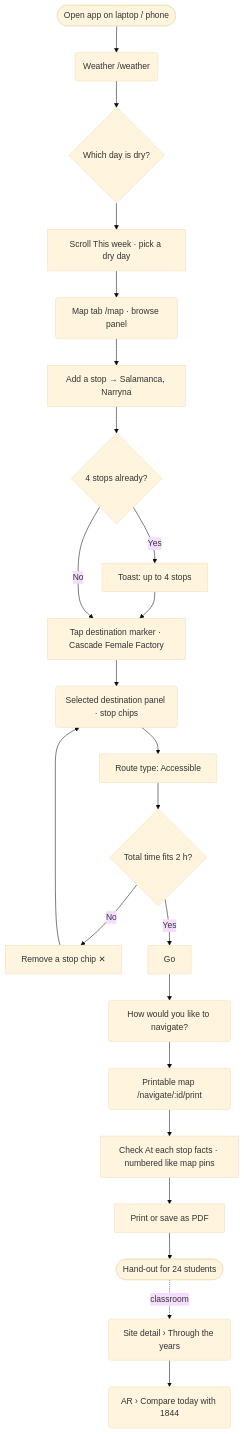
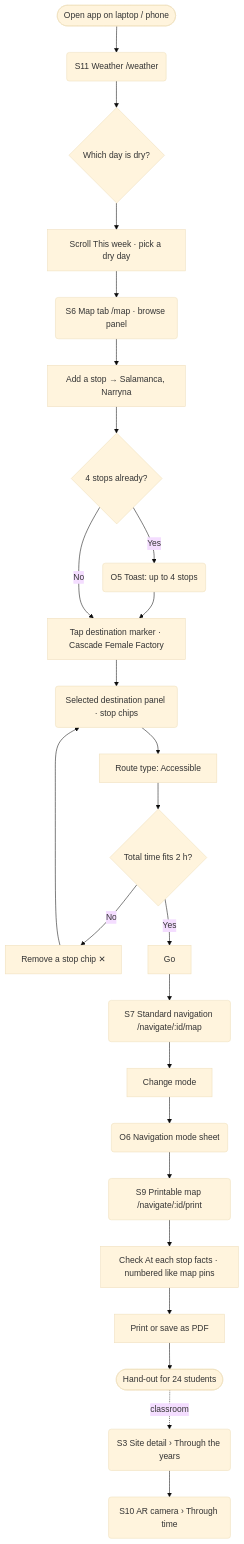
The third of 3 diagrams in docs/a3/task-flows.md (Podi-Skying/KIT519-Hobart-Historic), drawn with Mermaid (base theme) before and after one commit. The commit also changed other lines of this file and 9 other files, not shown here.

````diff
--- a/docs/a3/task-flows.md
+++ b/docs/a3/task-flows.md
@@ -95,20 +103,21 @@
 ```mermaid
 flowchart TD
-  S([Open app on laptop / phone]) --> WE(Weather /weather)
+  S([Open app on laptop / phone]) --> WE(S11 Weather /weather)
   WE --> D{Which day is dry?}
   D --> WK[Scroll This week · pick a dry day]
-  WK --> M(Map tab /map · browse panel)
+  WK --> M(S6 Map tab /map · browse panel)
   M --> ADD[Add a stop → Salamanca, Narryna]
   ADD --> FULL{4 stops already?}
-  FULL -- Yes --> TOAST[Toast: up to 4 stops] --> PK
+  FULL -- Yes --> TOAST(O5 Toast: up to 4 stops) --> PK
   FULL -- No --> PK[Tap destination marker · Cascade Female Factory]
   PK --> SEL(Selected destination panel · stop chips)
   SEL --> ACC[Route type: Accessible]
   ACC --> T{Total time fits 2 h?}
   T -- No --> RM[Remove a stop chip ✕] --> SEL
-  T -- Yes --> GO[Go] --> NM(How would you like to navigate?)
-  NM --> PR(Printable map /navigate/:id/print)
+  T -- Yes --> GO[Go] --> MAP(S7 Standard navigation /navigate/:id/map)
+  MAP --> CM[Change mode] --> NM(O6 Navigation mode sheet)
+  NM --> PR(S9 Printable map /navigate/:id/print)
   PR --> FACTS[Check At each stop facts · numbered like map pins]
   FACTS --> P[Print or save as PDF] --> E([Hand-out for 24 students])
-  E -. classroom .-> SD(Site detail › Through the years) --> CP(AR › Compare today with 1844)
+  E -. classroom .-> SD(S3 Site detail › Through the years) --> CP(S10 AR camera › Through time)
 ```
````
